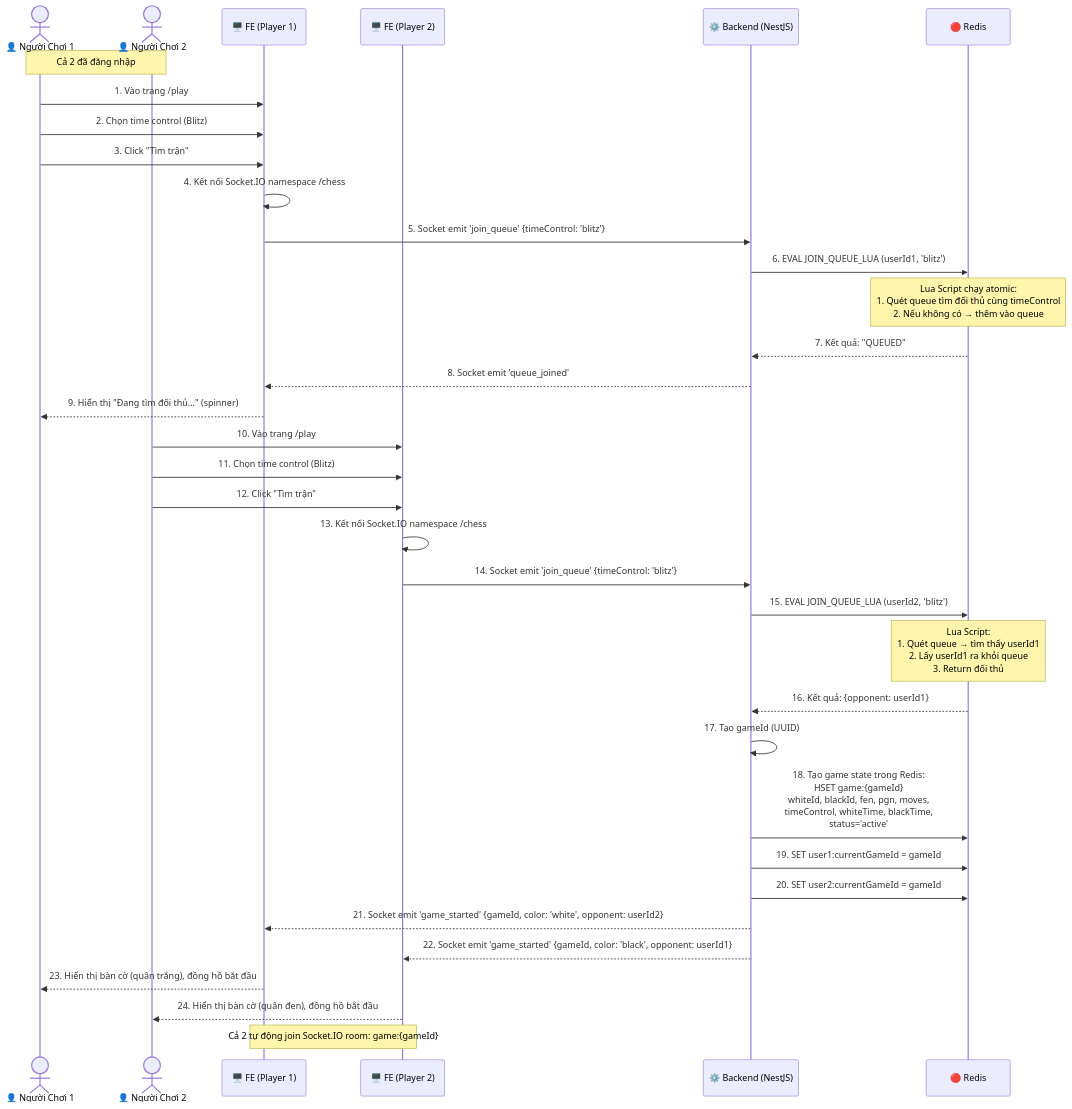
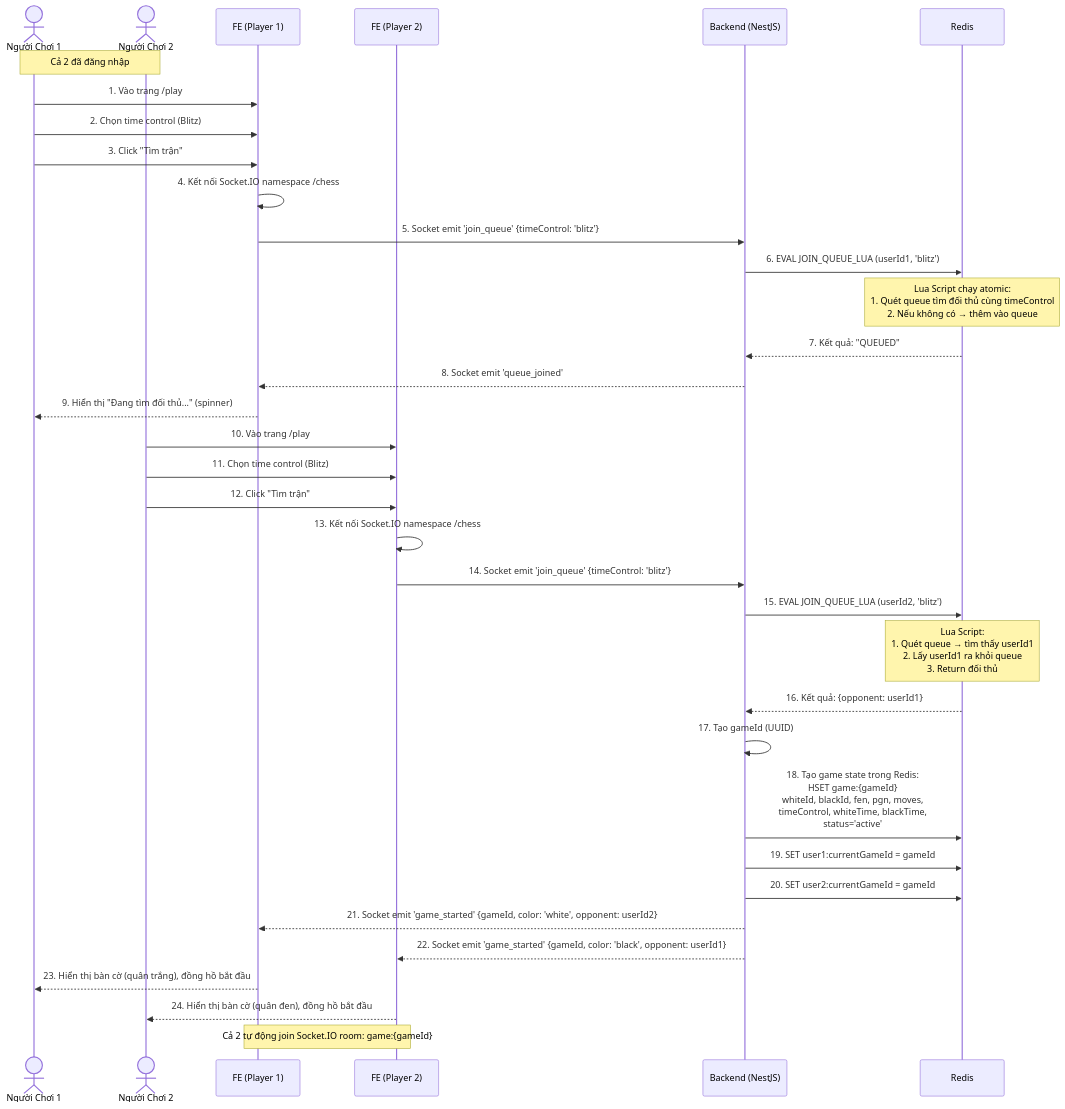
The fourth of 22 diagrams in docs/sequence-diagrams.md (legiabao0907/web-chess-real-time), drawn with Mermaid before and after one commit. The commit also changed other lines of this file, not shown here.

````diff
--- a/docs/sequence-diagrams.md
+++ b/docs/sequence-diagrams.md
@@ -160,53 +160,53 @@
 ```mermaid
 sequenceDiagram
-    actor P1 as 👤 Người Chơi 1
-    actor P2 as 👤 Người Chơi 2
-    participant FE1 as 🖥️ FE (Player 1)
-    participant FE2 as 🖥️ FE (Player 2)
-    participant BE as ⚙️ Backend (NestJS)
-    participant Redis as 🔴 Redis
+ actor P1 as Người Chơi 1
+ actor P2 as Người Chơi 2
+ participant FE1 as FE (Player 1)
+ participant FE2 as FE (Player 2)
+ participant BE as Backend (NestJS)
+ participant Redis as Redis
 
-    Note over P1, P2: Cả 2 đã đăng nhập
+ Note over P1, P2: Cả 2 đã đăng nhập
 
-    %% Player 1 vào hàng đợi
-    P1->>FE1: 1. Vào trang /play
-    P1->>FE1: 2. Chọn time control (Blitz)
-    P1->>FE1: 3. Click "Tìm trận"
+ %% Player 1 vào hàng đợi
+ P1->>FE1: 1. Vào trang /play
+ P1->>FE1: 2. Chọn time control (Blitz)
+ P1->>FE1: 3. Click "Tìm trận"
 
-    FE1->>FE1: 4. Kết nối Socket.IO namespace /chess
-    FE1->>BE: 5. Socket emit 'join_queue' {timeControl: 'blitz'}
+ FE1->>FE1: 4. Kết nối Socket.IO namespace /chess
+ FE1->>BE: 5. Socket emit 'join_queue' {timeControl: 'blitz'}
 
-    BE->>Redis: 6. EVAL JOIN_QUEUE_LUA (userId1, 'blitz')
-    Note over Redis: Lua Script chạy atomic:<br/>1. Quét queue tìm đối thủ cùng timeControl<br/>2. Nếu không có → thêm vào queue
-    Redis-->>BE: 7. Kết quả: "QUEUED"
+ BE->>Redis: 6. EVAL JOIN_QUEUE_LUA (userId1, 'blitz')
+ Note over Redis: Lua Script chạy atomic:<br/>1. Quét queue tìm đối thủ cùng timeControl<br/>2. Nếu không có → thêm vào queue
+ Redis-->>BE: 7. Kết quả: "QUEUED"
 
-    BE-->>FE1: 8. Socket emit 'queue_joined'
-    FE1-->>P1: 9. Hiển thị "Đang tìm đối thủ..." (spinner)
+ BE-->>FE1: 8. Socket emit 'queue_joined'
+ FE1-->>P1: 9. Hiển thị "Đang tìm đối thủ..." (spinner)
 
-    %% Player 2 vào hàng đợi
-    P2->>FE2: 10. Vào trang /play
-    P2->>FE2: 11. Chọn time control (Blitz)
-    P2->>FE2: 12. Click "Tìm trận"
+ %% Player 2 vào hàng đợi
+ P2->>FE2: 10. Vào trang /play
+ P2->>FE2: 11. Chọn time control (Blitz)
+ P2->>FE2: 12. Click "Tìm trận"
 
-    FE2->>FE2: 13. Kết nối Socket.IO namespace /chess
-    FE2->>BE: 14. Socket emit 'join_queue' {timeControl: 'blitz'}
+ FE2->>FE2: 13. Kết nối Socket.IO namespace /chess
+ FE2->>BE: 14. Socket emit 'join_queue' {timeControl: 'blitz'}
 
-    BE->>Redis: 15. EVAL JOIN_QUEUE_LUA (userId2, 'blitz')
-    Note over Redis: Lua Script:<br/>1. Quét queue → tìm thấy userId1<br/>2. Lấy userId1 ra khỏi queue<br/>3. Return đối thủ
-    Redis-->>BE: 16. Kết quả: {opponent: userId1}
+ BE->>Redis: 15. EVAL JOIN_QUEUE_LUA (userId2, 'blitz')
+ Note over Redis: Lua Script:<br/>1. Quét queue → tìm thấy userId1<br/>2. Lấy userId1 ra khỏi queue<br/>3. Return đối thủ
+ Redis-->>BE: 16. Kết quả: {opponent: userId1}
 
-    %% Server tạo game
-    BE->>BE: 17. Tạo gameId (UUID)
-    BE->>Redis: 18. Tạo game state trong Redis:<br/>HSET game:{gameId}<br/>  whiteId, blackId, fen, pgn, moves,<br/>  timeControl, whiteTime, blackTime,<br/>  status='active'
-    BE->>Redis: 19. SET user1:currentGameId = gameId
-    BE->>Redis: 20. SET user2:currentGameId = gameId
+ %% Server tạo game
+ BE->>BE: 17. Tạo gameId (UUID)
+ BE->>Redis: 18. Tạo game state trong Redis:<br/>HSET game:{gameId}<br/> whiteId, blackId, fen, pgn, moves,<br/> timeControl, whiteTime, blackTime,<br/> status='active'
+ BE->>Redis: 19. SET user1:currentGameId = gameId
+ BE->>Redis: 20. SET user2:currentGameId = gameId
 
-    %% Thông báo cho cả 2
-    BE-->>FE1: 21. Socket emit 'game_started' {gameId, color: 'white', opponent: userId2}
-    BE-->>FE2: 22. Socket emit 'game_started' {gameId, color: 'black', opponent: userId1}
+ %% Thông báo cho cả 2
+ BE-->>FE1: 21. Socket emit 'game_started' {gameId, color: 'white', opponent: userId2}
+ BE-->>FE2: 22. Socket emit 'game_started' {gameId, color: 'black', opponent: userId1}
 
-    FE1-->>P1: 23. Hiển thị bàn cờ (quân trắng), đồng hồ bắt đầu
-    FE2-->>P2: 24. Hiển thị bàn cờ (quân đen), đồng hồ bắt đầu
+ FE1-->>P1: 23. Hiển thị bàn cờ (quân trắng), đồng hồ bắt đầu
+ FE2-->>P2: 24. Hiển thị bàn cờ (quân đen), đồng hồ bắt đầu
 
-    Note over FE1, FE2: Cả 2 tự động join Socket.IO room: game:{gameId}
+ Note over FE1, FE2: Cả 2 tự động join Socket.IO room: game:{gameId}
 ```
````
